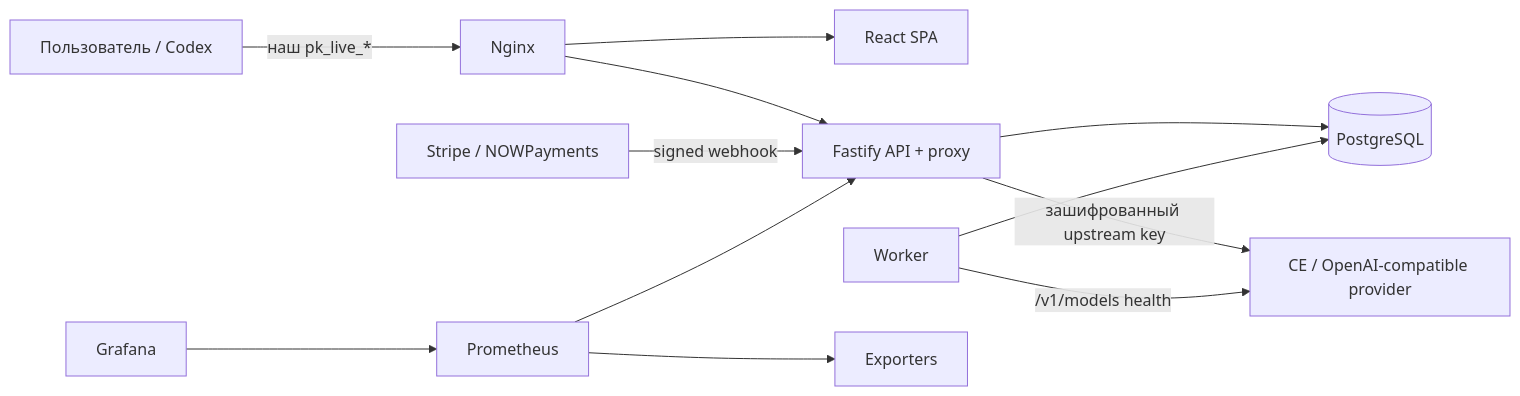
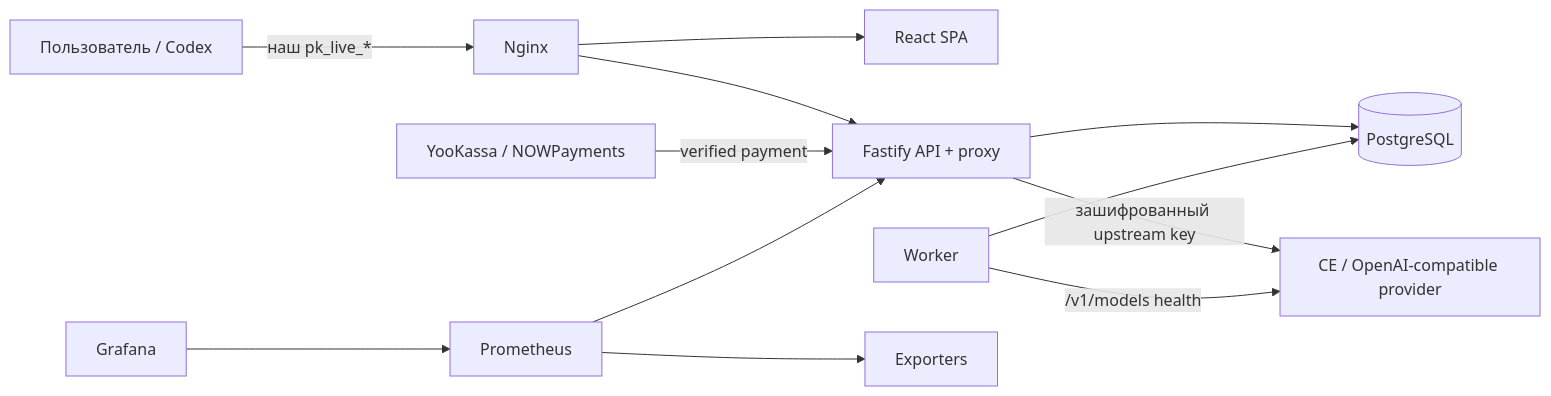
Before and after one commit to lum0vi/proxy-app: the diagram in README.md, drawn with Mermaid. The commit also changed other lines of this file and 64 other files, not shown here.

````diff
--- a/README.md
+++ b/README.md
@@ -57,14 +60,14 @@
 ```mermaid
 flowchart LR
   U[Пользователь / Codex] -->|наш pk_live_*| N[Nginx]
   N --> W[React SPA]
   N --> A[Fastify API + proxy]
   A --> P[(PostgreSQL)]
   A -->|зашифрованный upstream key| CE[CE / OpenAI-compatible provider]
-  S[Stripe / NOWPayments] -->|signed webhook| A
+  S[YooKassa / NOWPayments] -->|verified payment| A
   K[Worker] --> P
   K -->|/v1/models health| CE
   M[Prometheus] --> A
   M --> X[Exporters]
   G[Grafana] --> M
 ```
````
